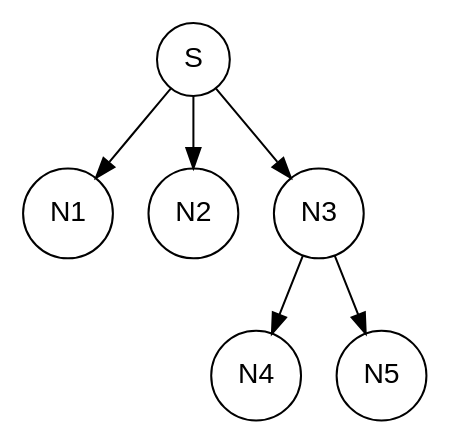
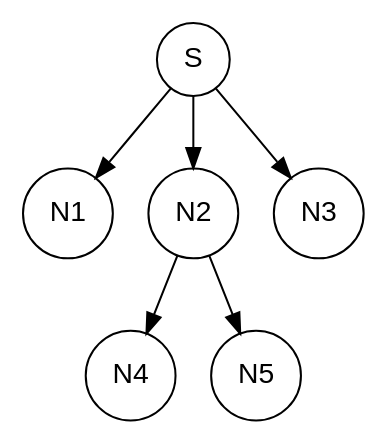
One commit to haidangchv/midtermAI_08 changed the diagram in results/task1_tree.dot. Above: the diagram before and after it, drawn with Graphviz.

Commit message:
update task1_tree.dot to correct node connections

```diff
--- a/results/task1_tree.dot
+++ b/results/task1_tree.dot
@@ -1,8 +1,8 @@
 digraph SearchTree {
   node [shape=circle, fontname="Arial"];
   "S" -> "N1";
   "S" -> "N2";
   "S" -> "N3";
-  "N3" -> "N4";
-  "N3" -> "N5";
+  "N2" -> "N4";
+  "N2" -> "N5";
 }
```
